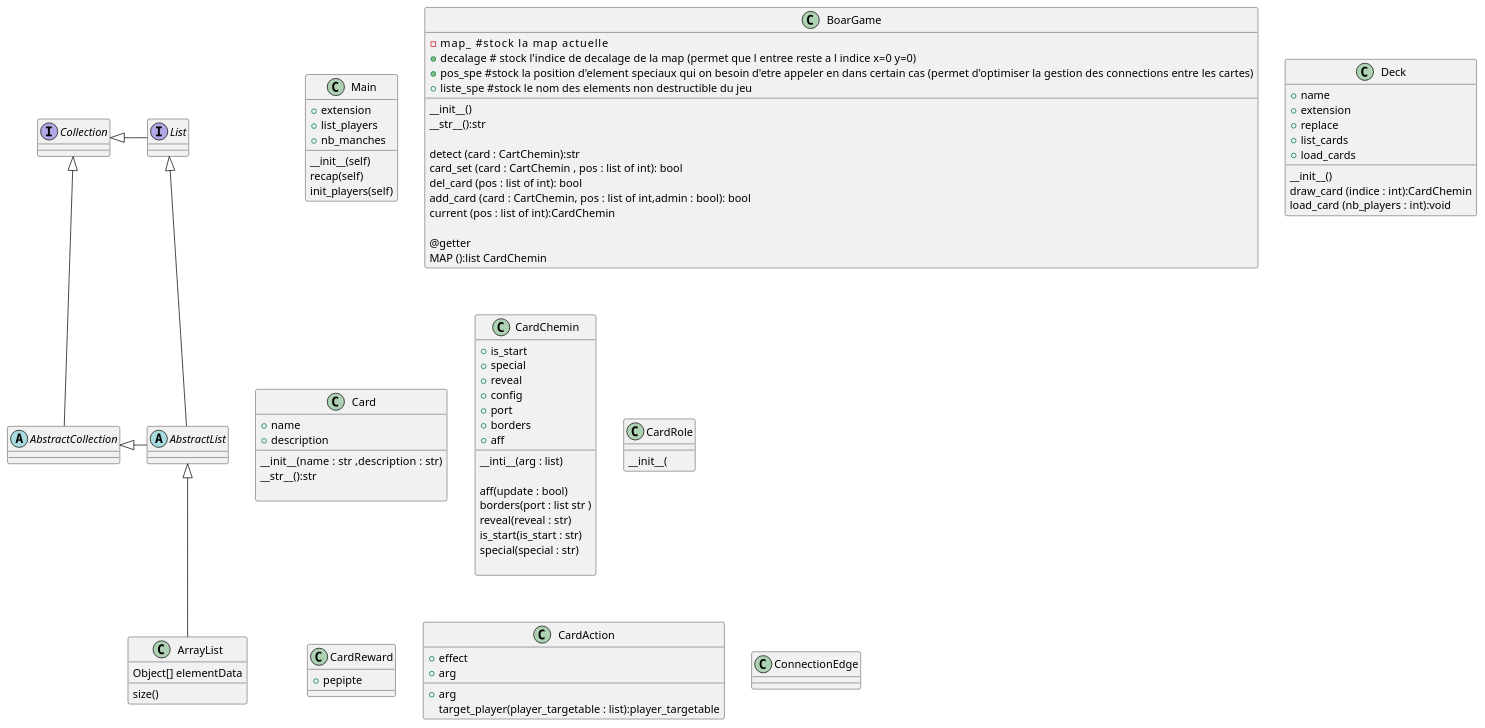
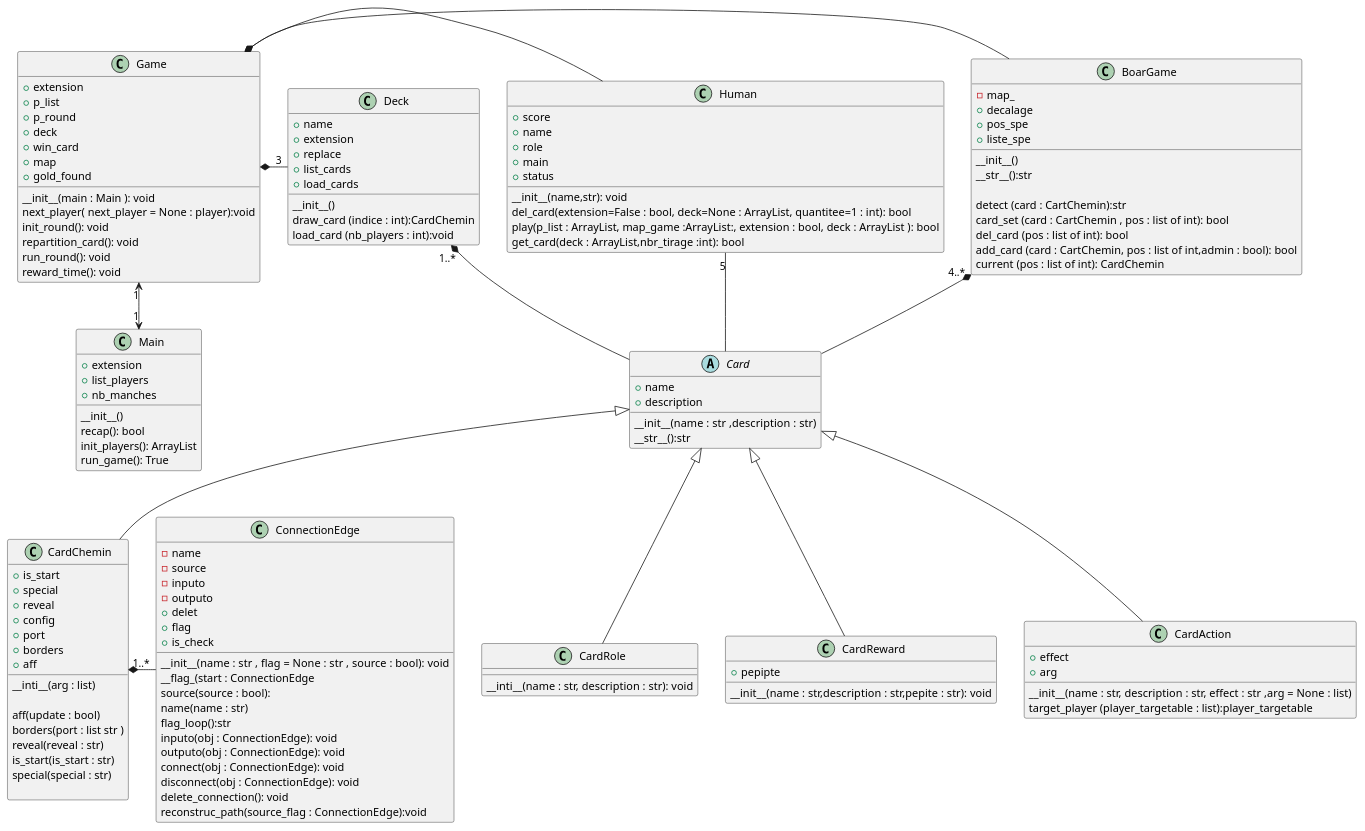
One commit to CocoLng/Kathon changed the diagram in Saboteur.puml. Above: the diagram before and after it, drawn with PlantUML.

```diff
--- a/Saboteur.puml
+++ b/Saboteur.puml
@@ -1,113 +1,163 @@
 @startuml
 'https://plantuml.com/class-diagram
-
-abstract class AbstractList
-abstract AbstractCollection
-interface List
-interface Collection
-
-
-List <|-- AbstractList
-Collection <|-- AbstractCollection
-
-Collection <|- List
-AbstractCollection <|- AbstractList
-AbstractList <|-- ArrayList
-
-class ArrayList {
-Object[] elementData
-size()
-}
-
 class Main {
 +extension
 +list_players
 +nb_manches
-__init__(self)
-recap(self)
-init_players(self)
+__
+__init__()
+recap(): bool
+init_players(): ArrayList
+run_game(): True
 }
 
+Game "1" <-->  "1" Main
+
+class Game{
++extension
++p_list
++p_round
++deck
++win_card
++map
++gold_found
+__
+__init__(main : Main ): void
+next_player( next_player = None : player):void
+init_round(): void
+repartition_card(): void
+run_round(): void
+reward_time(): void
+}
+
+Game *- BoarGame
+Game *- Human
+Game *- "3" Deck
+
+
+
 class BoarGame{
--map_         #stock la map actuelle
-+decalage  # stock l'indice de decalage de la map (permet que l entree reste a l indice x=0 y=0)
-+pos_spe #stock la position d'element speciaux qui on besoin d'etre appeler en dans certain cas (permet d'optimiser la gestion des connections entre les cartes)
-+liste_spe #stock le nom des elements non destructible du jeu
+-map_
++decalage
++pos_spe
++liste_spe
 __
 __init__()
 __str__():str
 
 detect (card : CartChemin):str
 card_set (card : CartChemin , pos : list of int): bool
 del_card (pos : list of int): bool
 add_card (card : CartChemin, pos : list of int,admin : bool): bool
-current (pos : list of int):CardChemin
+current (pos : list of int): CardChemin
+}
+BoarGame "4..*" *-- Card
 
-@getter
-MAP ():list CardChemin
+class Human{
++score
++name
++role
++main
++status
+__
+__init__(name,str): void
+del_card(extension=False : bool, deck=None : ArrayList, quantitee=1 : int): bool
+play(p_list : ArrayList, map_game :ArrayList:, extension : bool, deck : ArrayList ): bool
+get_card(deck : ArrayList,nbr_tirage :int): bool
 }
+Human"5" -- Card
+
 
 class Deck{
 +name
 +extension
 +replace
 +list_cards
 +load_cards
 __
 __init__()
 draw_card (indice : int):CardChemin
 load_card (nb_players : int):void
 }
+Deck "1..*" *-- Card
 
-class Card{
+
+
+abstract class Card{
 +name
 +description
 __
 __init__(name :  str ,description : str)
 __str__():str
+}
 
+Card <|-- CardChemin
+Card <|-- CardRole
+Card <|-- CardReward
+Card <|-- CardAction
+
+class CardRole{
+__
+__inti__(name : str, description : str): void
 }
+
+class CardReward{
++pepipte
+__
+__init__(name : str,description : str,pepite : str): void
+}
+
+class CardAction{
++effect
++arg
+__
+__init__(name : str, description : str, effect : str ,arg = None : list)
+target_player (player_targetable : list):player_targetable
+}
+
 
 
 class CardChemin{
 +is_start
 +special
 +reveal
 +config
 +port
 +borders
 +aff
 __
 __inti__(arg : list)
 
 aff(update : bool)
 borders(port : list str )
 reveal(reveal : str)
 is_start(is_start : str)
 special(special : str)
 
 }
+CardChemin"1..*" *- ConnectionEdge
 
-class CardRole{
-__
-__init__(
-}
 
-class CardReward{
-+pepipte
-}
-
-class CardAction{
-+effect
-+arg
-__
-+arg
-target_player(player_targetable : list):player_targetable
-}
 
 class ConnectionEdge{
-
+-name
+-source
+-inputo
+-outputo
++delet
++flag
++is_check
+__
+__init__(name :  str , flag = None : str , source : bool): void
+__flag_(start : ConnectionEdge
+source(source : bool):
+name(name : str)
+flag_loop():str
+inputo(obj : ConnectionEdge): void
+outputo(obj : ConnectionEdge): void
+connect(obj : ConnectionEdge): void
+disconnect(obj : ConnectionEdge): void
+delete_connection(): void
+reconstruc_path(source_flag : ConnectionEdge):void
 }
-
-
 @enduml
```
